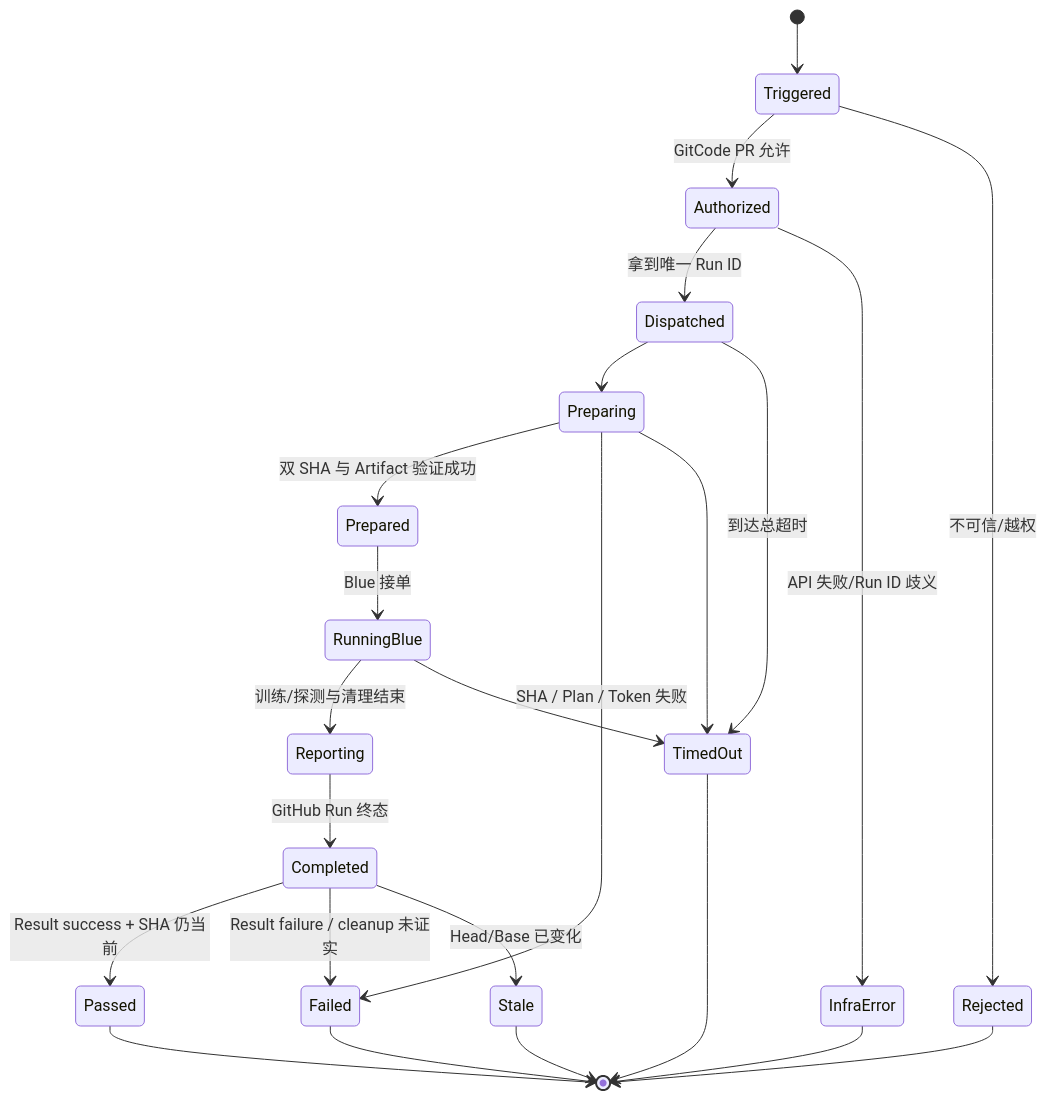
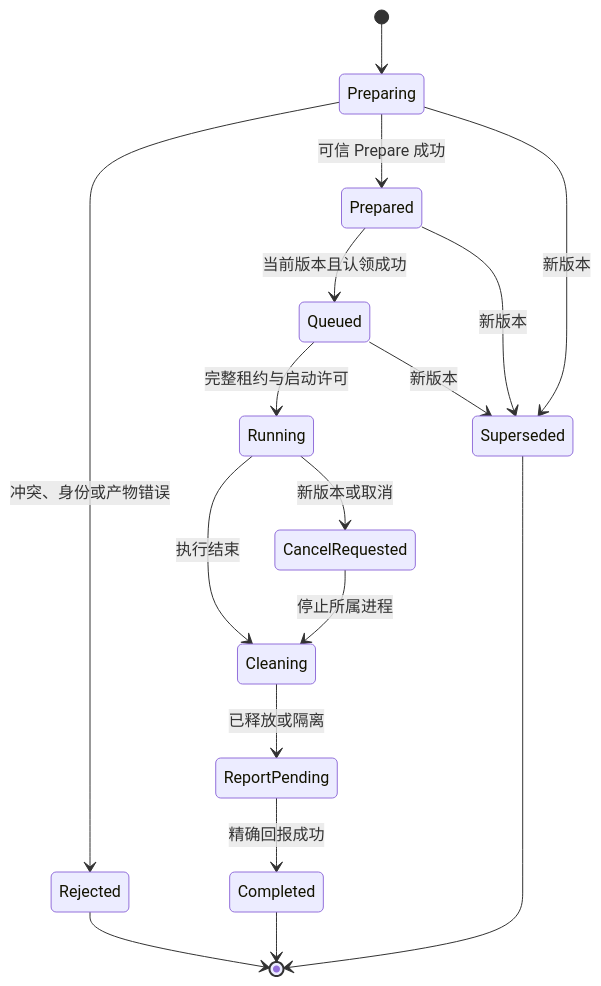
One commit to depeng1994/lite-actions changed the second of 2 diagrams in docs/gitcode-forward-design.md. Above: the diagram before and after it, drawn with Mermaid. The commit also changed other lines of this file, not shown here.

Commit message:
docs: adopt upstream-owned CI and latest-base merge validation

````diff
--- a/docs/gitcode-forward-design.md
+++ b/docs/gitcode-forward-design.md
@@ -258,26 +215,19 @@
 ```mermaid
 stateDiagram-v2
-  [*] --> Triggered
-  Triggered --> Authorized: GitCode PR 允许
-  Triggered --> Rejected: 不可信/越权
-  Authorized --> Dispatched: 拿到唯一 Run ID
-  Authorized --> InfraError: API 失败/Run ID 歧义
-  Dispatched --> Preparing
-  Preparing --> Prepared: 双 SHA 与 Artifact 验证成功
-  Preparing --> Failed: SHA / Plan / Token 失败
-  Prepared --> RunningBlue: Blue 接单
-  RunningBlue --> Reporting: 训练/探测与清理结束
-  Reporting --> Completed: GitHub Run 终态
-  Dispatched --> TimedOut: 到达总超时
-  Preparing --> TimedOut
-  RunningBlue --> TimedOut
-  Completed --> Passed: Result success + SHA 仍当前
-  Completed --> Failed: Result failure / cleanup 未证实
-  Completed --> Stale: Head/Base 已变化
-  Passed --> [*]
-  Failed --> [*]
-  Stale --> [*]
+  [*] --> Preparing
+  Preparing --> Rejected: 冲突、身份或产物错误
+  Preparing --> Prepared: 可信 Prepare 成功
+  Prepared --> Queued: 当前版本且认领成功
+  Queued --> Running: 完整租约与启动许可
+  Running --> Cleaning: 执行结束
+  Cleaning --> ReportPending: 已释放或隔离
+  ReportPending --> Completed: 精确回报成功
+  Preparing --> Superseded: 新版本
+  Prepared --> Superseded: 新版本
+  Queued --> Superseded: 新版本
+  Running --> CancelRequested: 新版本或取消
+  CancelRequested --> Cleaning: 停止所属进程
+  Superseded --> [*]
   Rejected --> [*]
-  InfraError --> [*]
-  TimedOut --> [*]
+  Completed --> [*]
 ```
````
